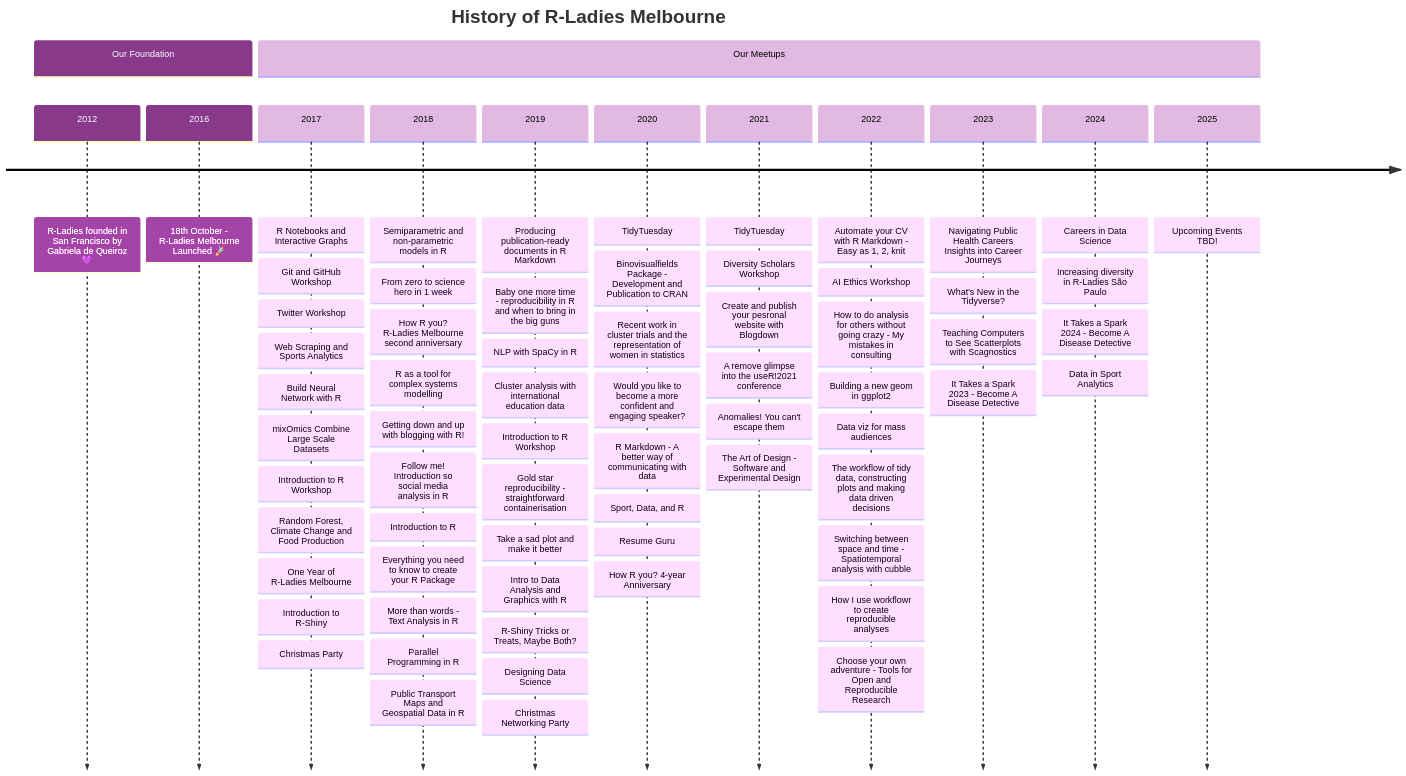
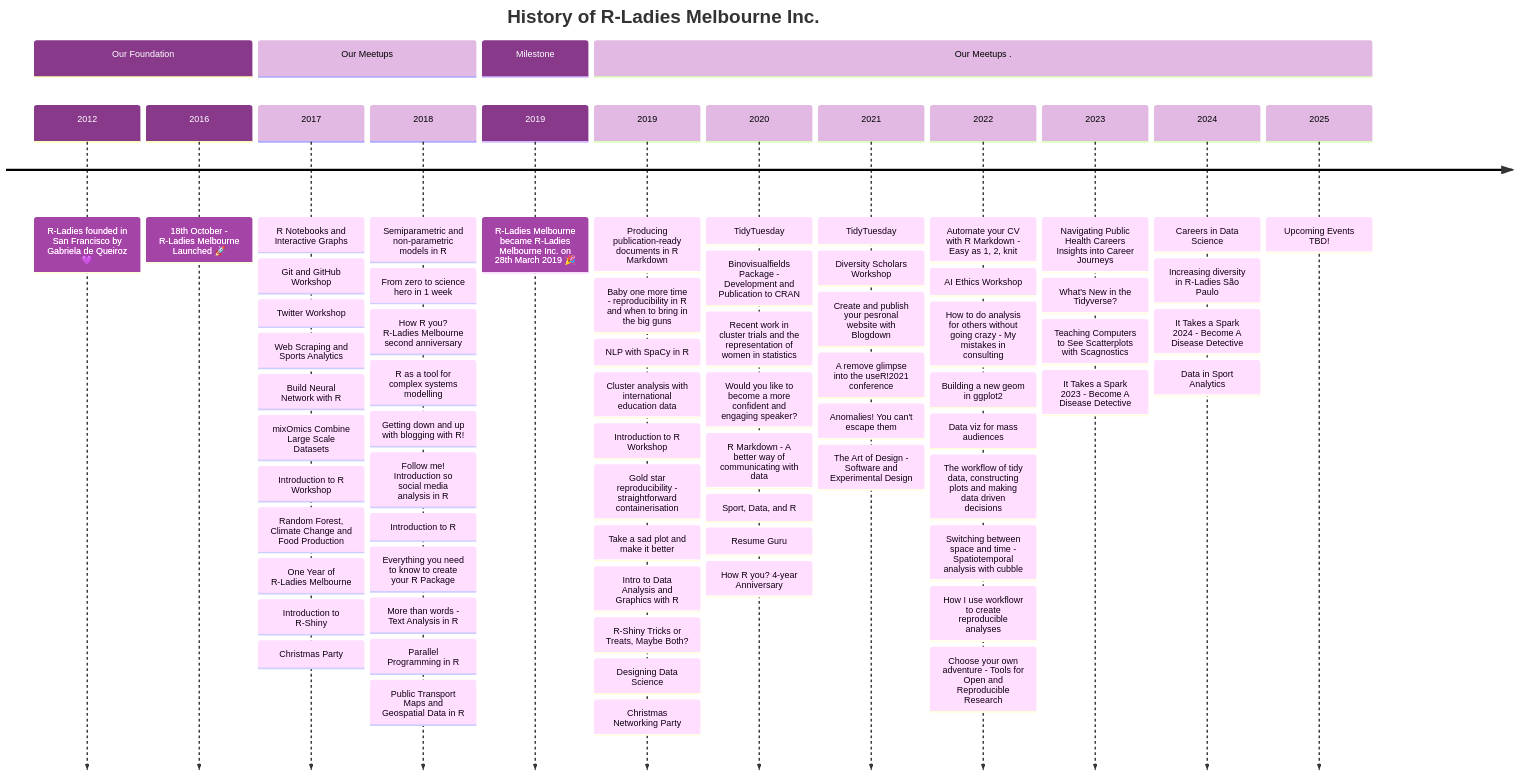
The diagram in timeline.qmd (R-LadiesMelbourne/r-ladiesmelbourne.github.io), drawn with Mermaid before and after one commit. The commit also changed other lines of this file and 35 other files, not shown here.

Commit message:
Timeline and EOY Profile Updates

````diff
--- a/timeline.qmd
+++ b/timeline.qmd
@@ -9,12 +9,12 @@
 ```{mermaid}
 %%{init: { 'logLevel': 'debug', 'theme': 'default', 'themeVariables': { 
     'fontFamily': 'Helvetica, Arial, sans-serif',
-    'cScale0': '#88398A', 'cScale1': '#e1b9e2',
-    'cScaleLabel0': '#ffffff', 'cScaleLabel1': '#000000'
+    'cScale0': '#88398A', 'cScale1': '#e1b9e2','cScale2': '#88398A','cScale3': '#e1b9e2',
+    'cScaleLabel0': '#ffffff', 'cScaleLabel1': '#000000', 'cScaleLabel2': '#ffffff', 'cScaleLabel3': '#000000'
 } } }%%
 
 timeline
-    title History of R-Ladies Melbourne 
+    title History of R-Ladies Melbourne Inc. 
 
     section Our Foundation
     2012 : R-Ladies founded in San Francisco by Gabriela de Queiroz 💜
@@ -43,6 +43,11 @@
          : More than words - Text Analysis in R 
          : Parallel Programming in R 
          : Public Transport Maps and Geospatial Data in R
+         
+    section Milestone
+    2019 : R-Ladies Melbourne became R-Ladies Melbourne Inc. on 28th March 2019 🎉
+    
+    section Our Meetups .
     2019 : Producing publication-ready documents in R Markdown
          : Baby one more time - reproducibility in R and when to bring in the big guns
          : NLP with SpaCy in R
````
